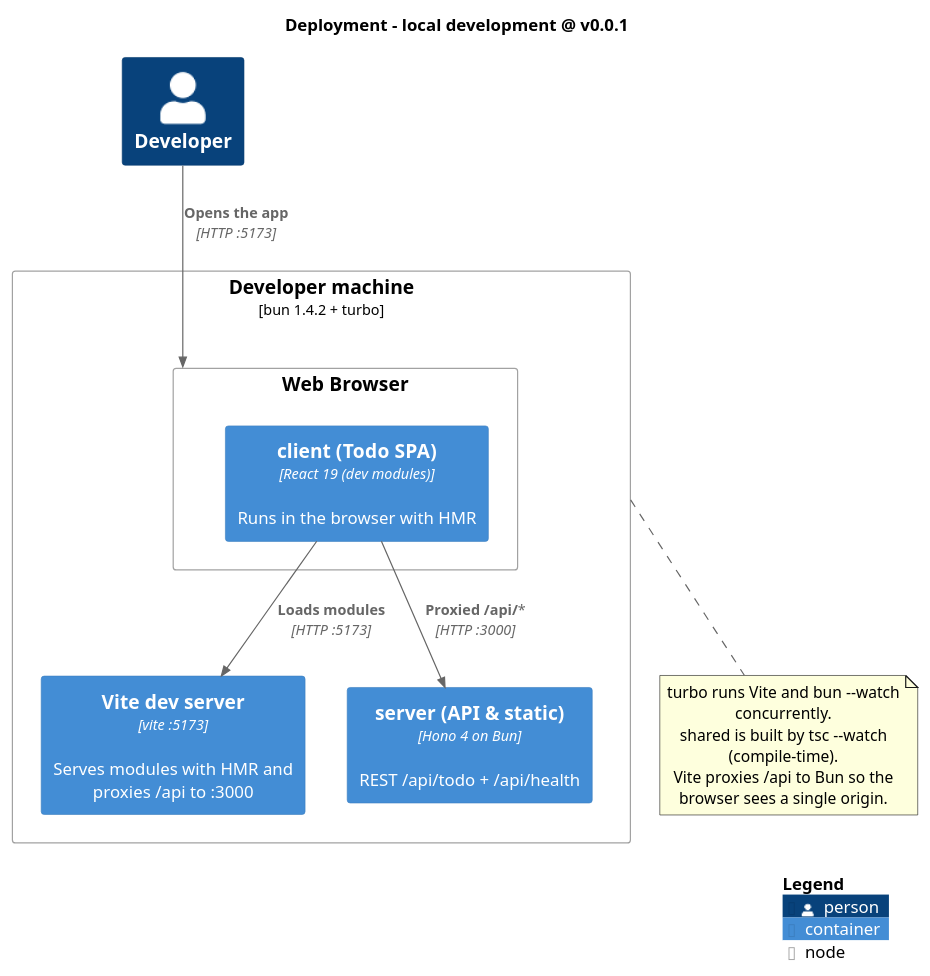
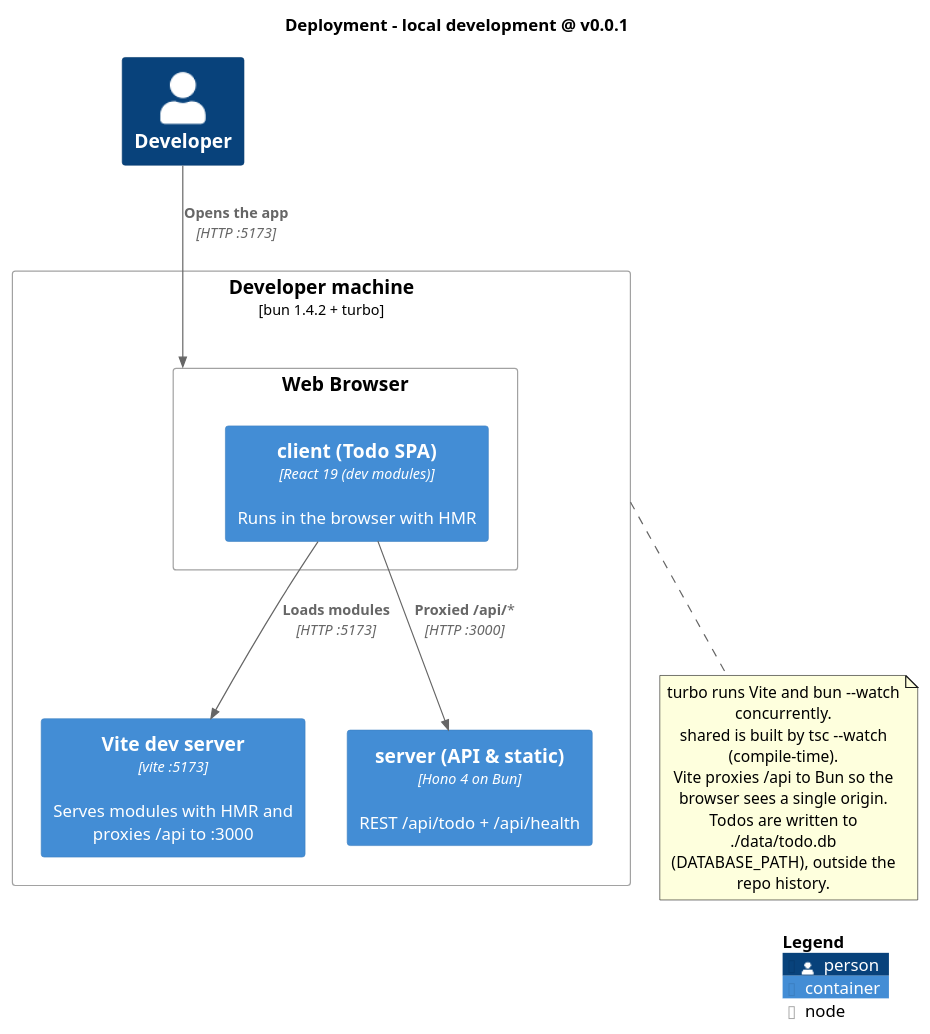
The diagram in docs/architecture/diagrams/06a-deployment-local-dev.puml (MemoryIt/todo), drawn with PlantUML before and after one commit. The commit also changed 8 other files, not shown here.

First line of the commit message:
docs: describe SQLite persistence in READMEs and C4 diagrams

```diff
--- a/docs/architecture/diagrams/06a-deployment-local-dev.puml
+++ b/docs/architecture/diagrams/06a-deployment-local-dev.puml
@@ -1,26 +1,27 @@
 @startuml
 !include <C4/C4_Deployment>
 title Deployment - local development @ v0.0.1
 
 Person(dev, "Developer")
 
 Deployment_Node(devMachine, "Developer machine", "bun 1.4.2 + turbo") {
   Deployment_Node(browser, "Web Browser") {
     Container(client, "client (Todo SPA)", "React 19 (dev modules)", "Runs in the browser with HMR")
   }
   Container(vite, "Vite dev server", "vite :5173", "Serves modules with HMR and proxies /api to :3000")
   Container(server, "server (API & static)", "Hono 4 on Bun", "REST /api/todo + /api/health")
 }
 
 Rel(dev, browser, "Opens the app", "HTTP :5173")
 Rel(client, vite, "Loads modules", "HTTP :5173")
 Rel(client, server, "Proxied /api/*", "HTTP :3000")
 
 note bottom of devMachine
   turbo runs Vite and bun --watch concurrently.
   shared is built by tsc --watch (compile-time).
   Vite proxies /api to Bun so the browser sees a single origin.
+  Todos are written to ./data/todo.db (DATABASE_PATH), outside the repo history.
 end note
 
 SHOW_LEGEND()
 @enduml
```
